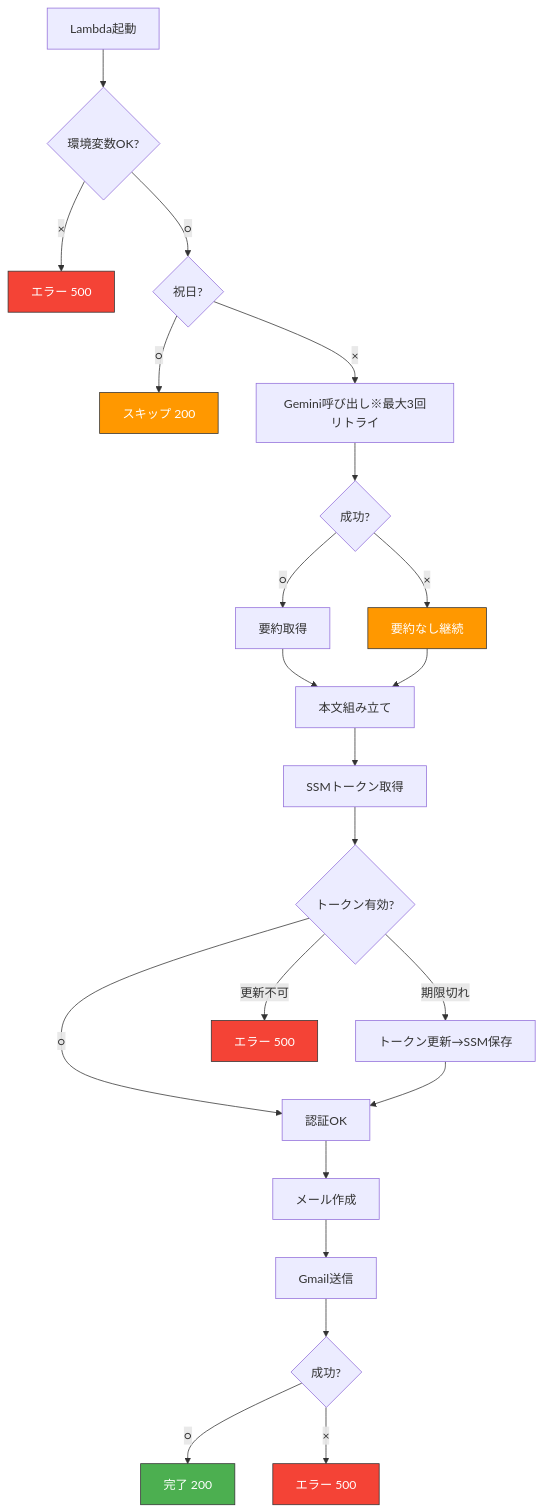
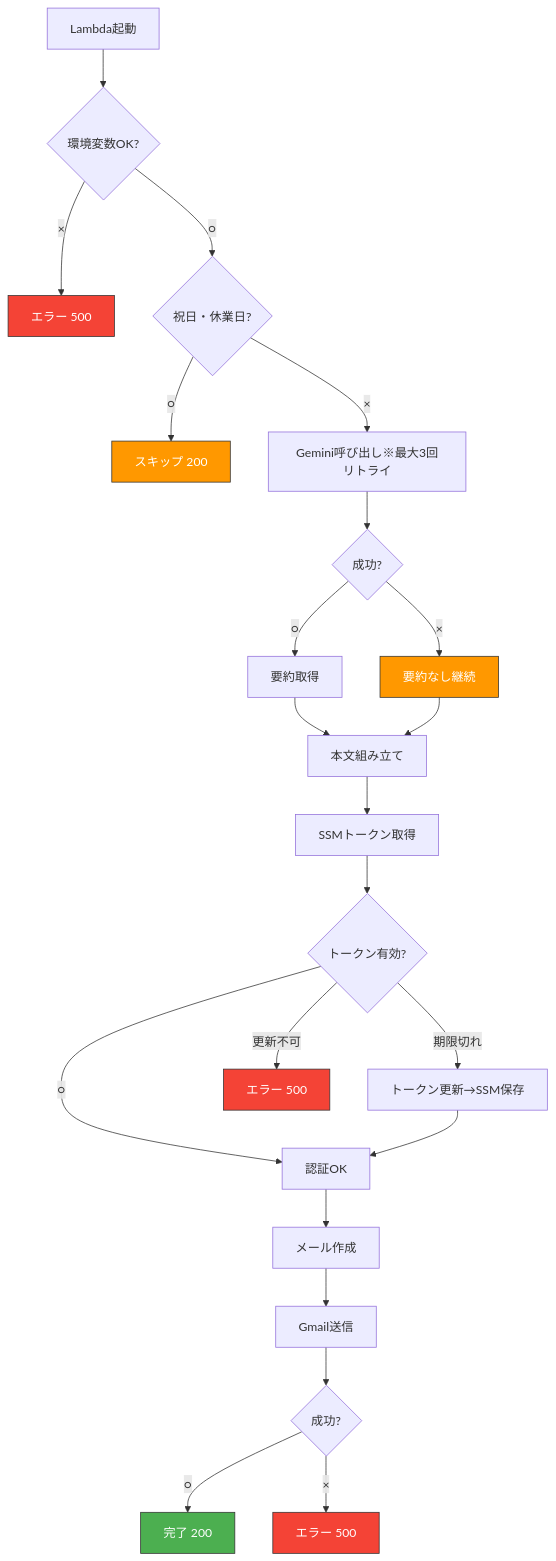
The second of 2 diagrams in docs/日報自動送信処理 基本設計書.md (takeshiyoshida76-cell/takeshiyoshida76), drawn with Mermaid before and after one commit. The commit also changed other lines of this file, not shown here.

````diff
--- a/docs/日報自動送信処理 基本設計書.md
+++ b/docs/日報自動送信処理 基本設計書.md
@@ -51,31 +52,31 @@
 ```mermaid
 flowchart TD
     A[Lambda起動] --> B{環境変数OK?}
     B -->|×| C[エラー 500]
-    B -->|○| D{祝日?}
+    B -->|○| D{祝日・休業日?}
     D -->|○| E[スキップ 200]
     D -->|×| F[Gemini呼び出し※最大3回リトライ]
     F --> G{成功?}
     G -->|○| H[要約取得]
     G -->|×| I[要約なし継続]
     H --> J[本文組み立て]
     I --> J
     J --> K[SSMトークン取得]
     K --> L{トークン有効?}
     L -->|○| N[認証OK]
     L -->|期限切れ| M[トークン更新→SSM保存]
     M --> N
     L -->|更新不可| O[エラー 500]
     N --> P[メール作成]
     P --> Q[Gmail送信]
     Q --> R{成功?}
     R -->|○| S[完了 200]
     R -->|×| T[エラー 500]
 
     style C fill:#F44336,stroke:#333,color:#fff
     style E fill:#FF9800,stroke:#333,color:#fff
     style I fill:#FF9800,stroke:#333,color:#fff
     style O fill:#F44336,stroke:#333,color:#fff
     style T fill:#F44336,stroke:#333,color:#fff
     style S fill:#4CAF50,stroke:#333,color:#fff
 ```
````
